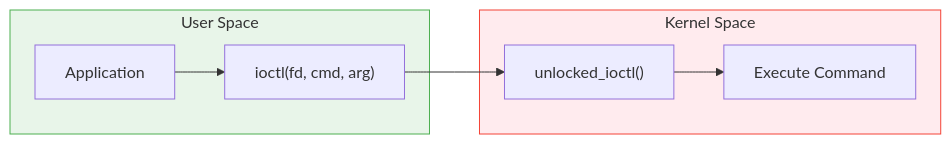
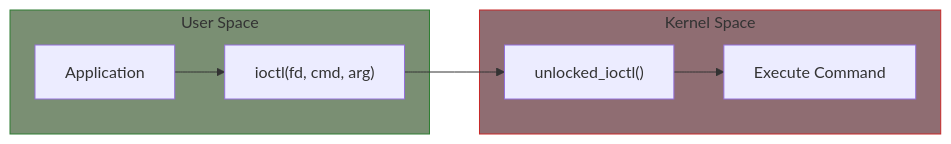
The diagram in part3/05-ioctl.md (MichaelTien8901/linux-driver-guide-tutorial), drawn with Mermaid before and after one commit. The commit also changed 36 other files, not shown here.

Commit message:
Fix mermaid diagram colors to use consistent paper-like theme

````diff
--- a/part3/05-ioctl.md
+++ b/part3/05-ioctl.md
@@ -21,19 +21,19 @@
 ```mermaid
 flowchart LR
     subgraph UserSpace["User Space"]
         App["Application"]
         IOCmd["ioctl(fd, cmd, arg)"]
     end
 
     subgraph KernelSpace["Kernel Space"]
         Handler["unlocked_ioctl()"]
         Action["Execute Command"]
     end
 
     App --> IOCmd
     IOCmd --> Handler
     Handler --> Action
 
-    style UserSpace fill:#e8f5e9,stroke:#4caf50
-    style KernelSpace fill:#ffebee,stroke:#f44336
+    style UserSpace fill:#7a8f73,stroke:#2e7d32
+    style KernelSpace fill:#8f6d72,stroke:#c62828
 ```
````
